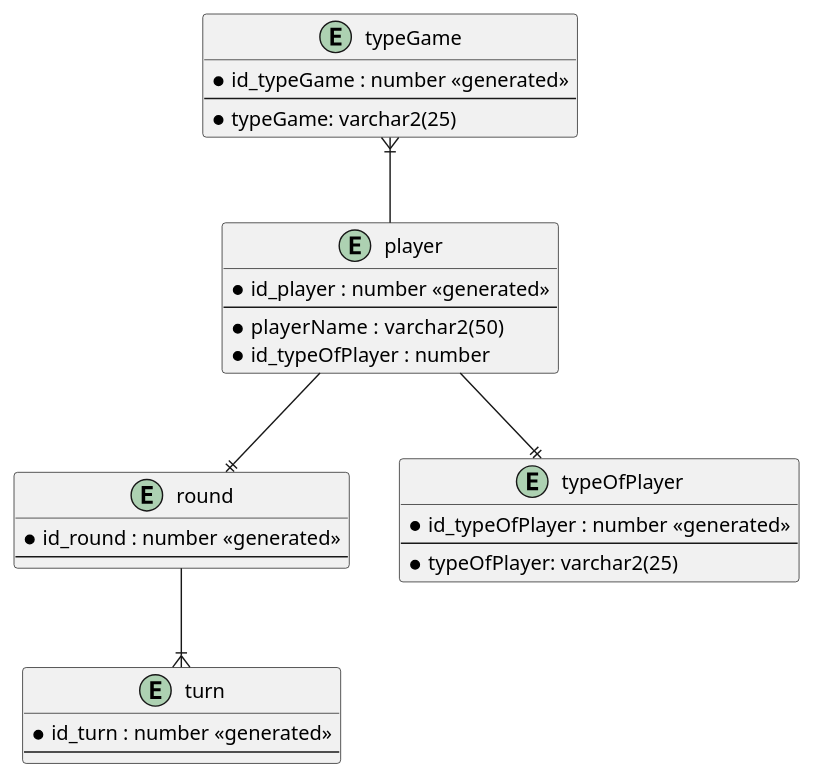
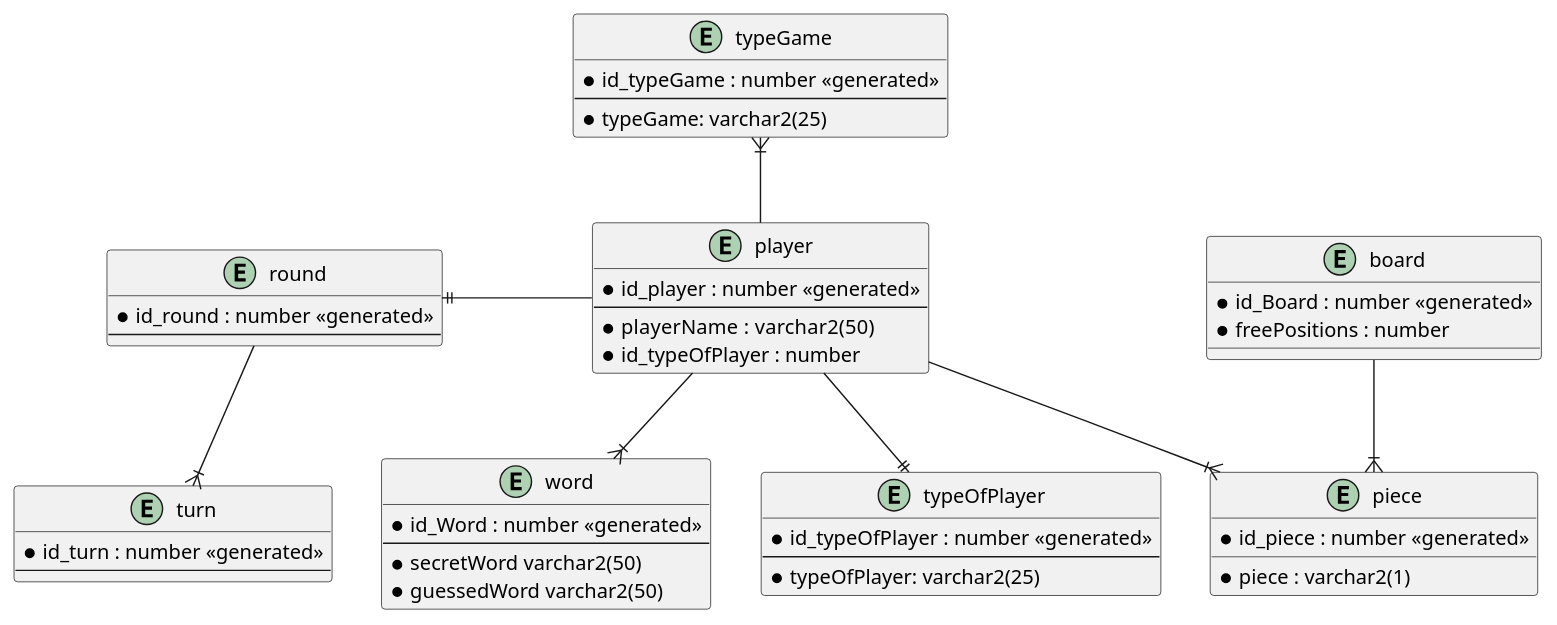
Before and after one commit to Gabs16TL/Second_Project_Peristence: the diagram in dataModels/LogicModel.wsd, drawn with PlantUML. The commit also changed 5 other files, not shown here.

```diff
--- a/dataModels/LogicModel.wsd
+++ b/dataModels/LogicModel.wsd
@@ -1,37 +1,65 @@
 @startuml VocabularyLogicModelMain
 
 entity round {
     * id_round : number <<generated>>
     --
 }
 entity turn
 {
     * id_turn : number <<generated>>
     --
 }
 entity player
 {
     * id_player : number <<generated>>
     --
     * playerName :  varchar2(50)
     * id_typeOfPlayer : number
 }
 entity typeOfPlayer {
     * id_typeOfPlayer : number <<generated>>
     --
     * typeOfPlayer: varchar2(25)
 }
 
 
 entity typeGame
 {
      * id_typeGame : number <<generated>>
     --
     * typeGame: varchar2(25)
 }
 
 player -up-|{ typeGame
-round -down-|{ turn
-player --|| round
+round --|{ turn
+player -left-|| round
 player --|| typeOfPlayer
+
+/' Tic Tac Toe'/
+entity board {
+    * id_Board : number <<generated>>
+    * freePositions : number
+}
+entity piece{
+    *id_piece : number <<generated>>
+    *piece : varchar2(1)
+}
+
+board --|{piece
+player --|{piece
+
+
+/' HangMan'/
+
+entity word {
+    * id_Word : number <<generated>>
+    --
+    * secretWord varchar2(50)
+    * guessedWord varchar2(50)
+}
+
+player --|{word
+
+
+
 @enduml
```
